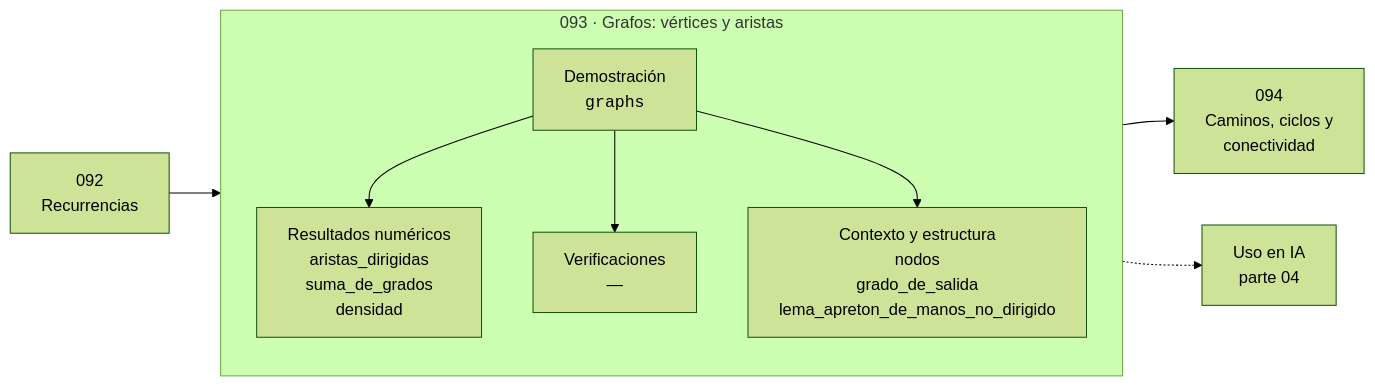
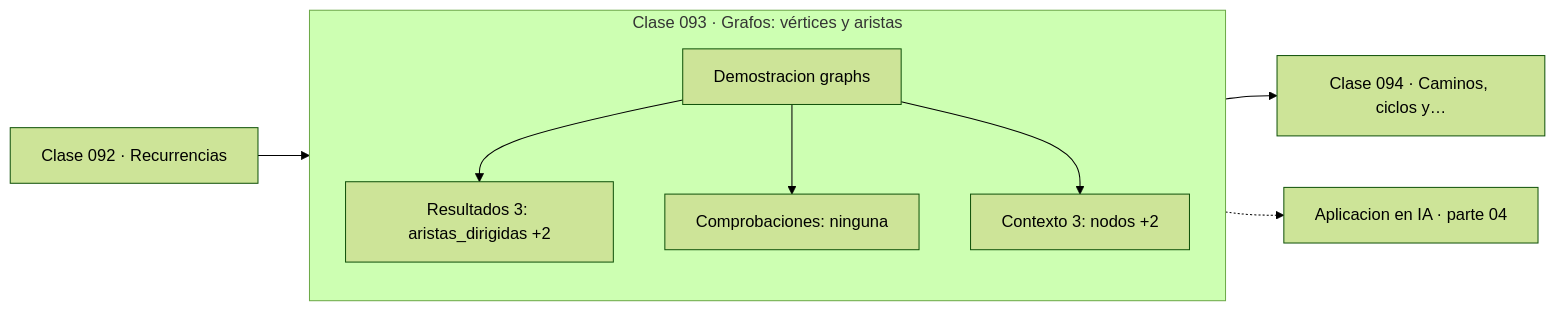
The diagram in classes/part-04-matematica-discreta-para-computacion/093-grafos-vertices-y-aristas/README.md (vladimiracunadev-create/computational-mathematics-program), drawn with Mermaid (forest theme) before and after one commit. The commit also changed other lines of this file and 389 other files, not shown here.

First line of the commit message:
fix(diagramas): elimina el HTML de las etiquetas Mermaid

````diff
--- a/classes/part-04-matematica-discreta-para-computacion/093-grafos-vertices-y-aristas/README.md
+++ b/classes/part-04-matematica-discreta-para-computacion/093-grafos-vertices-y-aristas/README.md
@@ -30,12 +36,13 @@
 ```mermaid
 flowchart LR
-    P["092<br/>Recurrencias"] --> C
-    subgraph C["093 · Grafos: vértices y aristas"]
+    P["Clase 092 · Recurrencias"] --> D
+    subgraph CLASE["Clase 093 · Grafos: vértices y aristas"]
         direction TB
-        D["Demostración<br/><code>graphs</code>"] --> R["Resultados numéricos<br/>aristas_dirigidas<br/>suma_de_grados<br/>densidad"]
-        D --> V["Verificaciones<br/>—"]
-        D --> O["Contexto y estructura<br/>nodos<br/>grado_de_salida<br/>lema_apreton_de_manos_no_dirigido"]
+        D["Demostracion graphs"]
+        D --> R["Resultados 3: aristas_dirigidas +2"]
+        D --> V["Comprobaciones: ninguna"]
+        D --> O["Contexto 3: nodos +2"]
     end
-    C --> N["094<br/>Caminos, ciclos y<br/>conectividad"]
-    C -.-> IA["Uso en IA<br/>parte 04"]
+    R --> N["Clase 094 · Caminos, ciclos y…"]
+    V -.-> IA["Aplicacion en IA · parte 04"]
 ```
````
